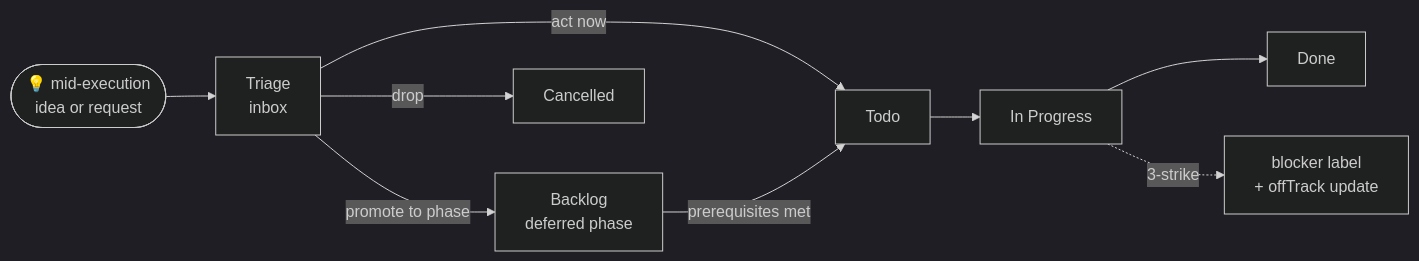
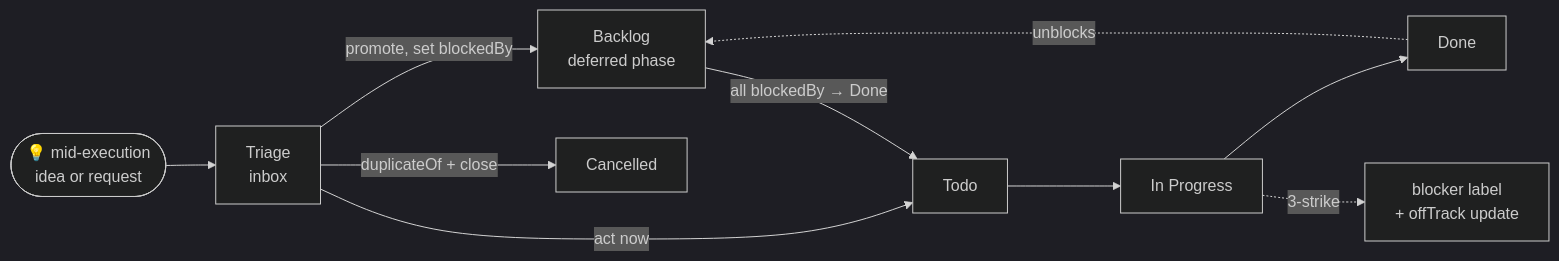
Before and after one commit to identity16/planning-with-linear: the diagram in README.md, drawn with Mermaid (dark theme). The commit also changed other lines of this file and 4 other files, not shown here.

````diff
--- a/README.md
+++ b/README.md
@@ -80,11 +82,12 @@
 ```mermaid
 flowchart LR
     Idea([💡 mid-execution<br/>idea or request]) --> Triage[Triage<br/>inbox]
-    Triage -->|promote to phase| Backlog[Backlog<br/>deferred phase]
+    Triage -->|promote, set blockedBy| Backlog[Backlog<br/>deferred phase]
     Triage -->|act now| Todo
-    Triage -->|drop| Cancelled[Cancelled]
-    Backlog -->|prerequisites met| Todo[Todo]
+    Triage -->|duplicateOf + close| Cancelled[Cancelled]
+    Backlog -->|all blockedBy → Done| Todo[Todo]
     Todo --> InProgress[In Progress]
     InProgress --> Done[Done]
+    Done -. unblocks .-> Backlog
     InProgress -.->|3-strike| Blocker[blocker label<br/>+ offTrack update]
 ```
````
